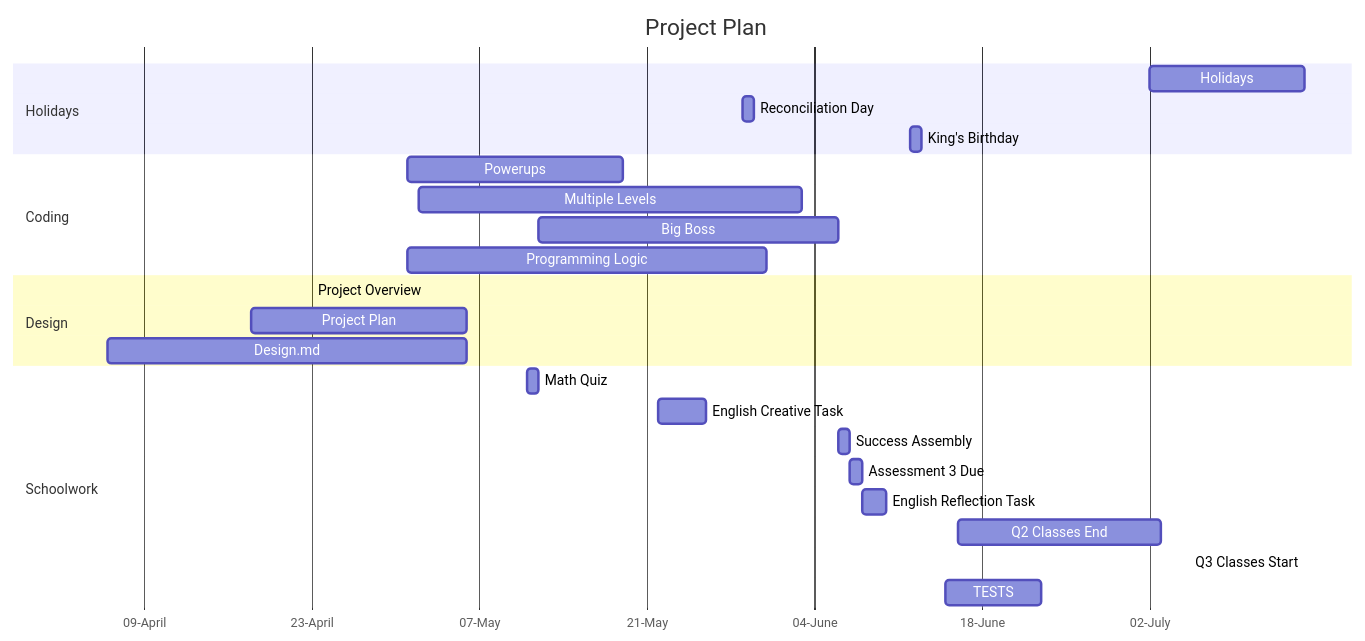
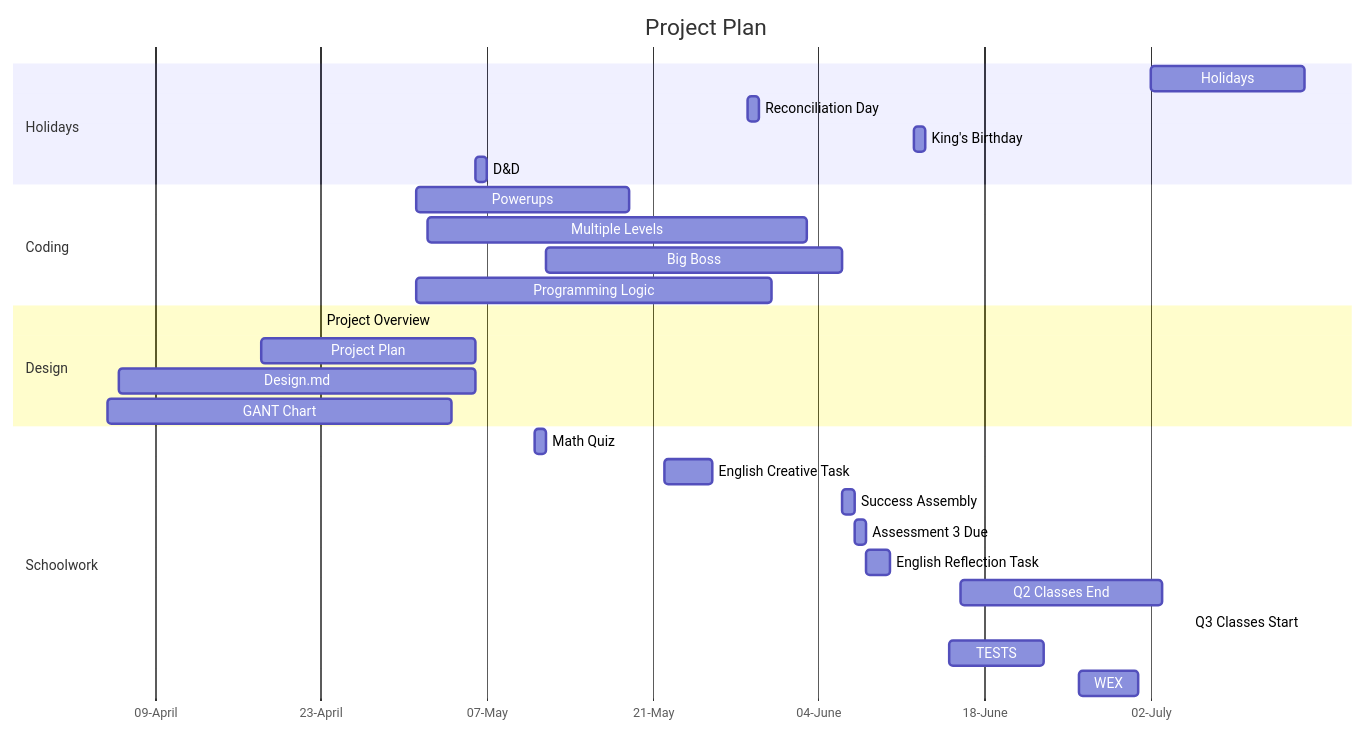
One commit to 0676693/Invade-Spacers changed the second of 2 diagrams in design.md. Above: the diagram before and after it, drawn with Mermaid.

````diff
--- a/design.md
+++ b/design.md
@@ -44,33 +44,36 @@
 ```mermaid
 gantt
     title Project Plan
 dateFormat DD-MM-YY
 axisFormat %d-%B
 tickInterval 2week
 
 section Holidays
 Holidays: 02-07-23, 15-07-23
 Reconciliation Day: 29-05-23, 1d
 King's Birthday: 12-06-23, 1d
+D&D: 06-05-23, 1d
 
 section Coding
 Powerups: 01-05-23, 19-05-23
 Multiple Levels: 02-05-23, 03-06-23
 Big Boss: 12-05-23, 06-06-23
 Programming Logic: 01-05-23, 30d
 
 section Design
 Project Overview:23-04-23, id
 Project Plan: 18-04-23, 06-05-23
 Design.md: 06-04-23, 06-05-23
+GANT Chart: 05-04-23, 04-05-23
 
 section Schoolwork
 Math Quiz: 11-05-23, 1d
 English Creative Task: 22-05-23, 26-05-23
 Success Assembly: 06-06-23, 1d
 Assessment 3 Due: 07-06-23, 08-06-23
 English Reflection Task: 08-06-23, 2d
 Q2 Classes End: 16-06-23, 03-07-23
 Q3 Classes Start: 15-07-23, 15-07-23
 TESTS: 15-06-23, 23-06-23
+WEX: 26-06-23, 01-07-23
 ```
````
